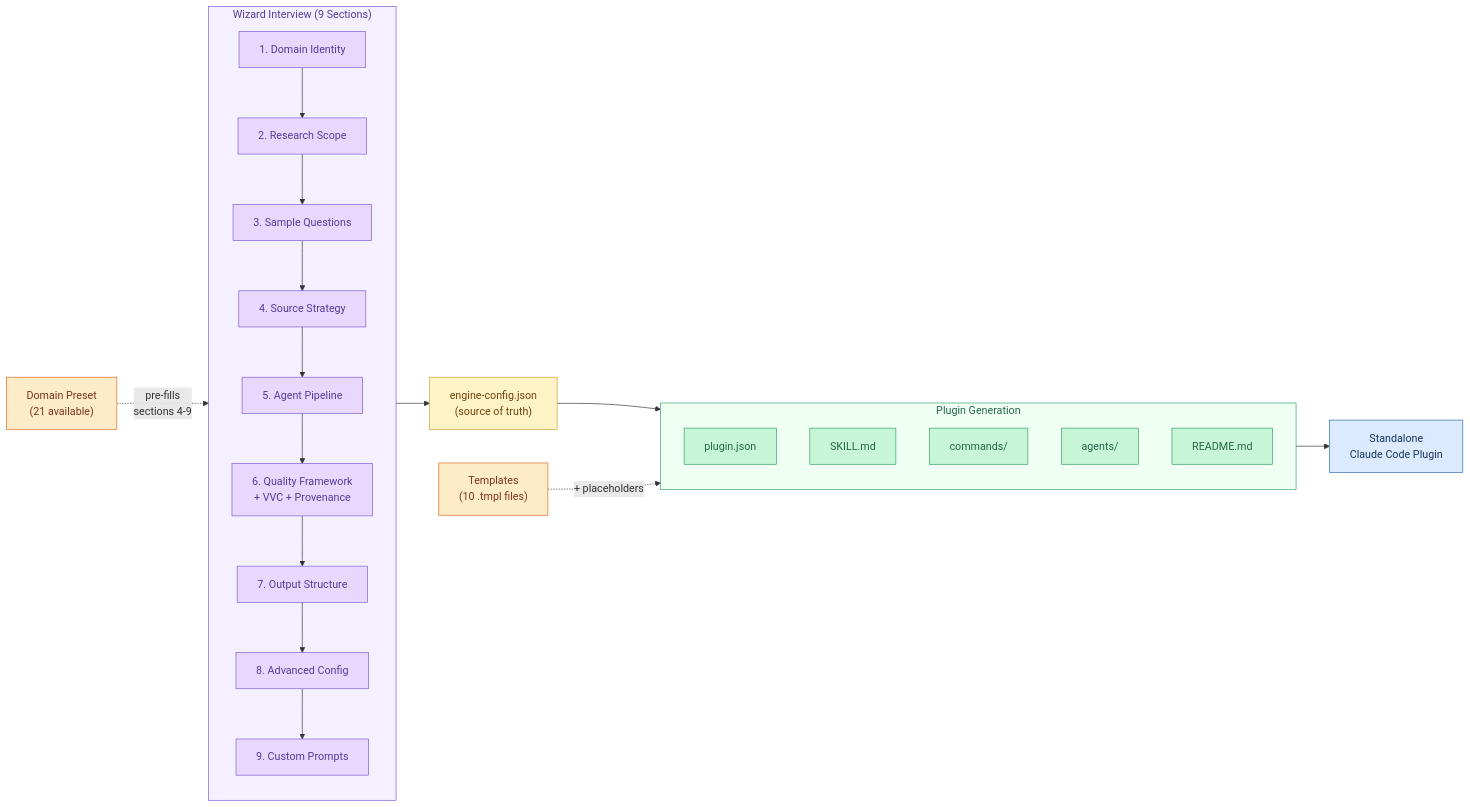
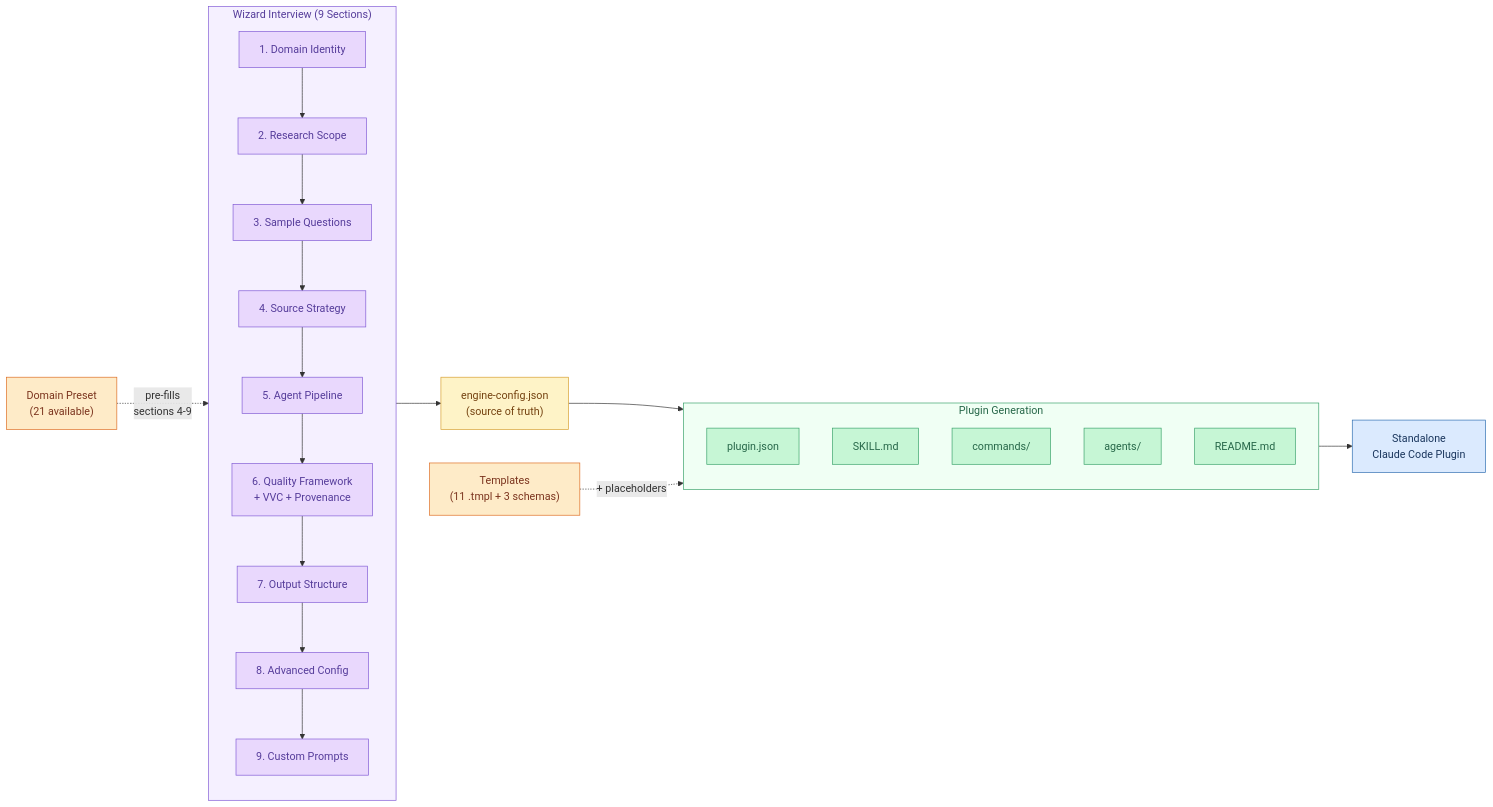
The first of 2 diagrams in README.md (reggiechan74/deep-research-engine-creator), drawn with Mermaid before and after one commit. The commit also changed other lines of this file and 1 other file, not shown here.

````diff
--- a/README.md
+++ b/README.md
@@ -297,52 +301,52 @@
 ```mermaid
 flowchart LR
     subgraph WIZARD["Wizard Interview (9 Sections)"]
         direction TB
         S1["1. Domain Identity"]
         S2["2. Research Scope"]
         S3["3. Sample Questions"]
         S4["4. Source Strategy"]
         S5["5. Agent Pipeline"]
         S6["6. Quality Framework<br/>+ VVC + Provenance"]
         S7["7. Output Structure"]
         S8["8. Advanced Config"]
         S9["9. Custom Prompts"]
         S1 --> S2 --> S3 --> S4 --> S5 --> S6 --> S7 --> S8 --> S9
     end
 
     PRESET["Domain Preset<br/>(21 available)"]
     CONFIG["engine-config.json<br/>(source of truth)"]
 
     subgraph GEN["Plugin Generation"]
         direction TB
         G1["plugin.json"]
         G2["SKILL.md"]
         G3["commands/"]
         G4["agents/"]
         G5["README.md"]
     end
 
-    TEMPLATES["Templates<br/>(10 .tmpl files)"]
+    TEMPLATES["Templates<br/>(11 .tmpl + 3 schemas)"]
     ENGINE["Standalone<br/>Claude Code Plugin"]
 
     PRESET -.->|"pre-fills<br/>sections 4-9"| WIZARD
     WIZARD --> CONFIG
     CONFIG --> GEN
     TEMPLATES -.->|"+ placeholders"| GEN
     GEN --> ENGINE
 
     classDef wizard fill:#e9d8fd,stroke:#805ad5,color:#553c9a
     classDef config fill:#fef3c7,stroke:#d69e2e,color:#744210
     classDef gen fill:#c6f6d5,stroke:#38a169,color:#276749
     classDef output fill:#dbeafe,stroke:#2b6cb0,color:#1a365d
     classDef preset fill:#feebc8,stroke:#dd6b20,color:#7b341e
 
     class S1,S2,S3,S4,S5,S6,S7,S8,S9 wizard
     class CONFIG config
     class G1,G2,G3,G4,G5 gen
     class ENGINE output
     class PRESET,TEMPLATES preset
 
     style WIZARD fill:#f5f0ff,stroke:#805ad5,color:#553c9a
     style GEN fill:#f0fff4,stroke:#38a169,color:#276749
 ```
````
